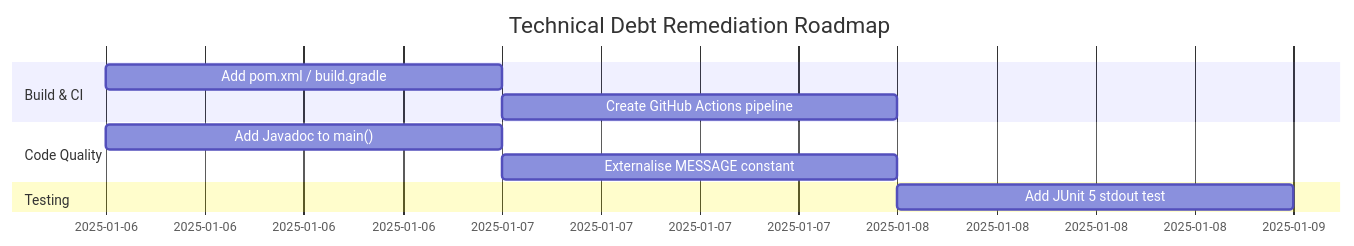
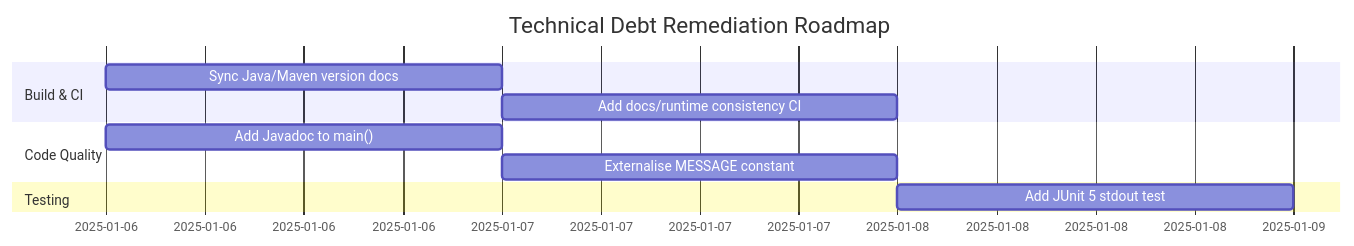
Before and after one commit to ktruchcz/copilot-test-ktruchcz: diagram 15 of 15 in arc42-documentation.md, drawn with Mermaid. The commit also changed other lines of this file and 4 other files, not shown here.

First line of the commit message:
feat: add obligatory cookbook-derived skills and sync arc42 Java 25 docs

````diff
--- a/arc42-documentation.md
+++ b/arc42-documentation.md
@@ -642,13 +642,13 @@
 ```mermaid
 gantt
     title Technical Debt Remediation Roadmap
     dateFormat  YYYY-MM-DD
     section Build & CI
-    Add pom.xml / build.gradle       :td02, 2025-01-06, 1d
-    Create GitHub Actions pipeline   :td03, after td02, 1d
+    Sync Java/Maven version docs     :td02, 2025-01-06, 1d
+    Add docs/runtime consistency CI  :td03, after td02, 1d
     section Code Quality
     Add Javadoc to main()            :td04, 2025-01-06, 1d
     Externalise MESSAGE constant     :td05, after td04, 1d
     section Testing
     Add JUnit 5 stdout test          :td01, after td03, 1d
 ```
````
